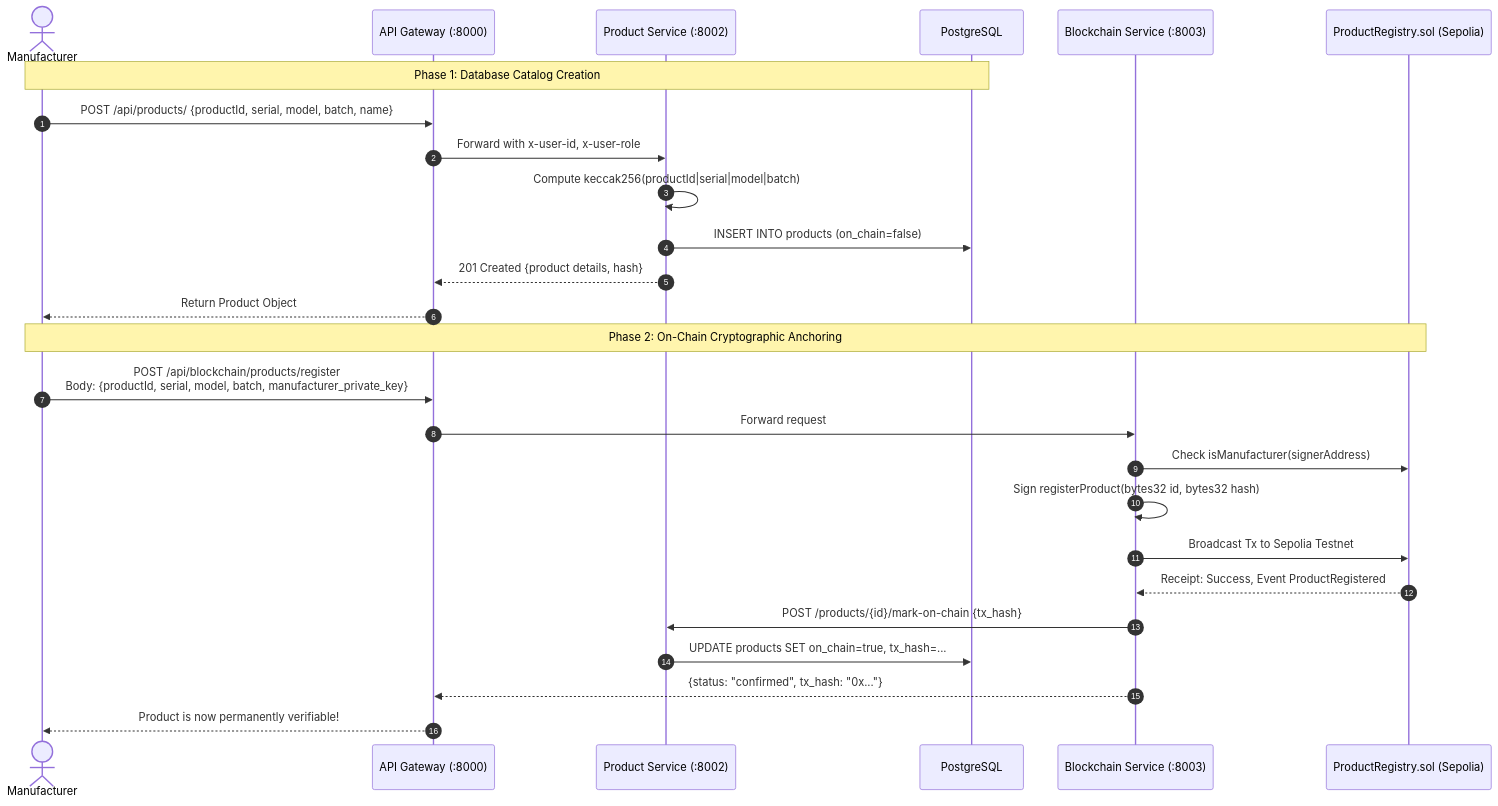
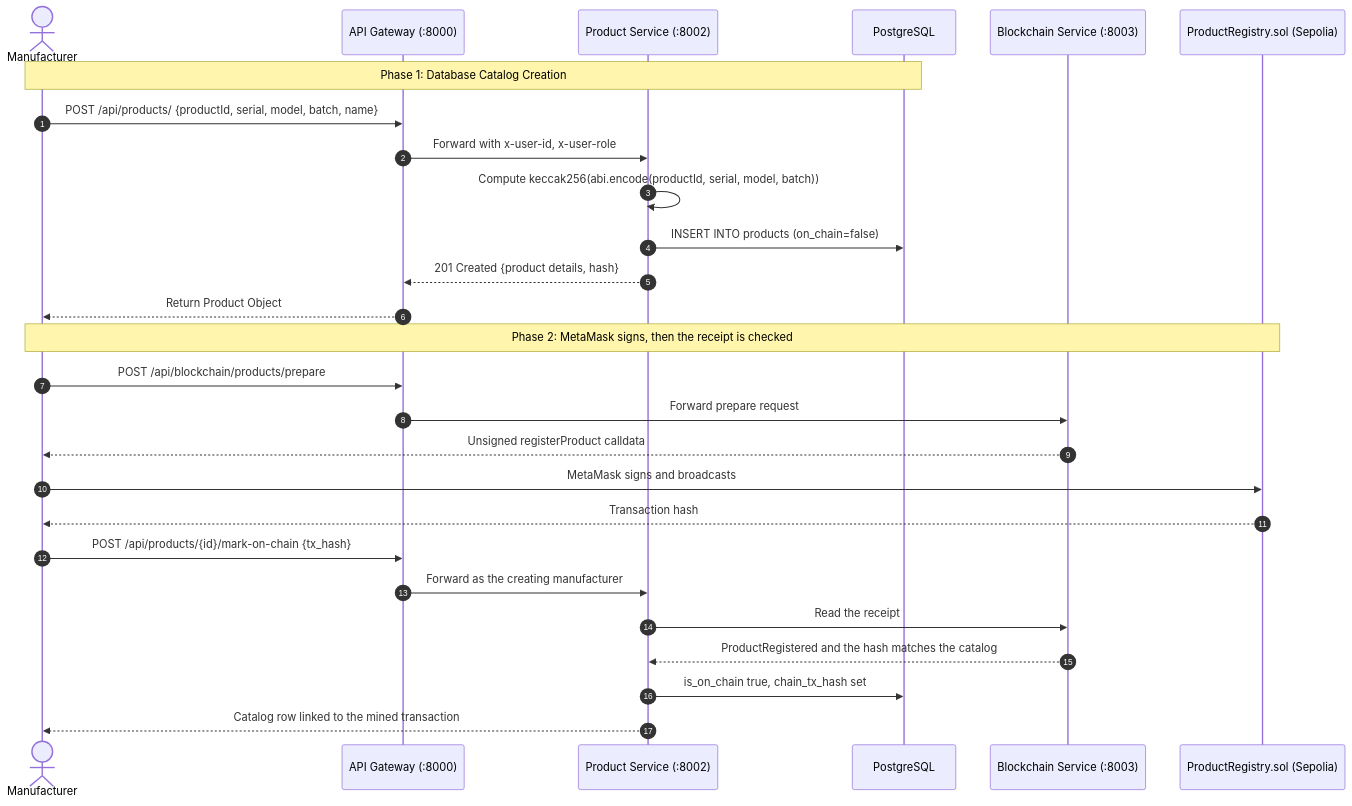
The second of 3 diagrams in docs/architecture/02-system-architecture.md (gowtham014ar/product-verification), drawn with Mermaid before and after one commit. The commit also changed other lines of this file and 34 other files, not shown here.

````diff
--- a/docs/architecture/02-system-architecture.md
+++ b/docs/architecture/02-system-architecture.md
@@ -159,30 +153,31 @@
 ```mermaid
 sequenceDiagram
     autonumber
     actor Mfg as Manufacturer
     participant Gateway as API Gateway (:8000)
     participant Prod as Product Service (:8002)
     participant DB as PostgreSQL
     participant Chain as Blockchain Service (:8003)
     participant Contract as ProductRegistry.sol (Sepolia)
 
     Note over Mfg,DB: Phase 1: Database Catalog Creation
     Mfg->>Gateway: POST /api/products/ {productId, serial, model, batch, name}
     Gateway->>Prod: Forward with x-user-id, x-user-role
-    Prod->>Prod: Compute keccak256(productId|serial|model|batch)
+    Prod->>Prod: Compute keccak256(abi.encode(productId, serial, model, batch))
     Prod->>DB: INSERT INTO products (on_chain=false)
     Prod-->>Gateway: 201 Created {product details, hash}
     Gateway-->>Mfg: Return Product Object
 
-    Note over Mfg,Contract: Phase 2: On-Chain Cryptographic Anchoring
-    Mfg->>Gateway: POST /api/blockchain/products/register<br/>Body: {productId, serial, model, batch, manufacturer_private_key}
-    Gateway->>Chain: Forward request
-    Chain->>Contract: Check isManufacturer(signerAddress)
-    Chain->>Chain: Sign registerProduct(bytes32 id, bytes32 hash)
-    Chain->>Contract: Broadcast Tx to Sepolia Testnet
-    Contract-->>Chain: Receipt: Success, Event ProductRegistered
-    Chain->>Prod: POST /products/{id}/mark-on-chain {tx_hash}
-    Prod->>DB: UPDATE products SET on_chain=true, tx_hash=...
-    Chain-->>Gateway: {status: "confirmed", tx_hash: "0x..."}
-    Gateway-->>Mfg: Product is now permanently verifiable!
+    Note over Mfg,Contract: Phase 2: MetaMask signs, then the receipt is checked
+    Mfg->>Gateway: POST /api/blockchain/products/prepare
+    Gateway->>Chain: Forward prepare request
+    Chain-->>Mfg: Unsigned registerProduct calldata
+    Mfg->>Contract: MetaMask signs and broadcasts
+    Contract-->>Mfg: Transaction hash
+    Mfg->>Gateway: POST /api/products/{id}/mark-on-chain {tx_hash}
+    Gateway->>Prod: Forward as the creating manufacturer
+    Prod->>Chain: Read the receipt
+    Chain-->>Prod: ProductRegistered and the hash matches the catalog
+    Prod->>DB: is_on_chain true, chain_tx_hash set
+    Prod-->>Mfg: Catalog row linked to the mined transaction
 ```
````
